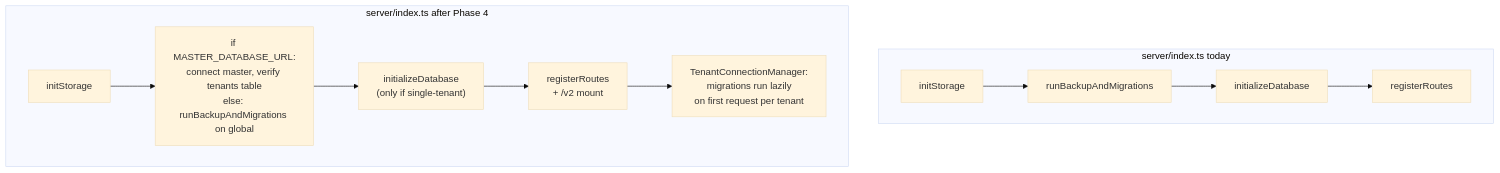
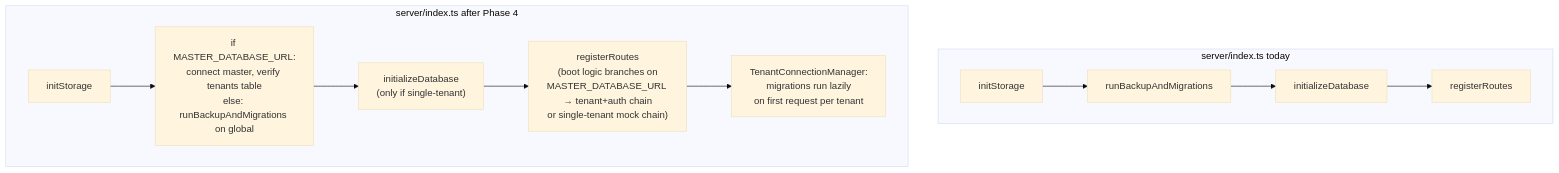
One commit to safe-lanes/TechnicalMoudle changed the fourth of 5 diagrams in docs/multi-tenant/README.md. Above: the diagram before and after it, drawn with Mermaid (base theme). The commit also changed other lines of this file and 5 other files, not shown here.

````diff
--- a/docs/multi-tenant/README.md
+++ b/docs/multi-tenant/README.md
@@ -248,12 +250,12 @@
 ```mermaid
 flowchart TB
     subgraph Today["server/index.ts today"]
         A1[initStorage] --> A2[runBackupAndMigrations] --> A3[initializeDatabase] --> A4[registerRoutes]
     end
     subgraph Tomorrow["server/index.ts after Phase 4"]
         B1[initStorage] --> B2["if MASTER_DATABASE_URL:<br/>connect master, verify tenants table<br/>else: runBackupAndMigrations on global"]
         B2 --> B3["initializeDatabase<br/>(only if single-tenant)"]
-        B3 --> B4[registerRoutes<br/>+ /v2 mount]
+        B3 --> B4["registerRoutes<br/>(boot logic branches on<br/>MASTER_DATABASE_URL → tenant+auth chain<br/>or single-tenant mock chain)"]
         B4 --> B5["TenantConnectionManager:<br/>migrations run lazily<br/>on first request per tenant"]
     end
 ```
````
